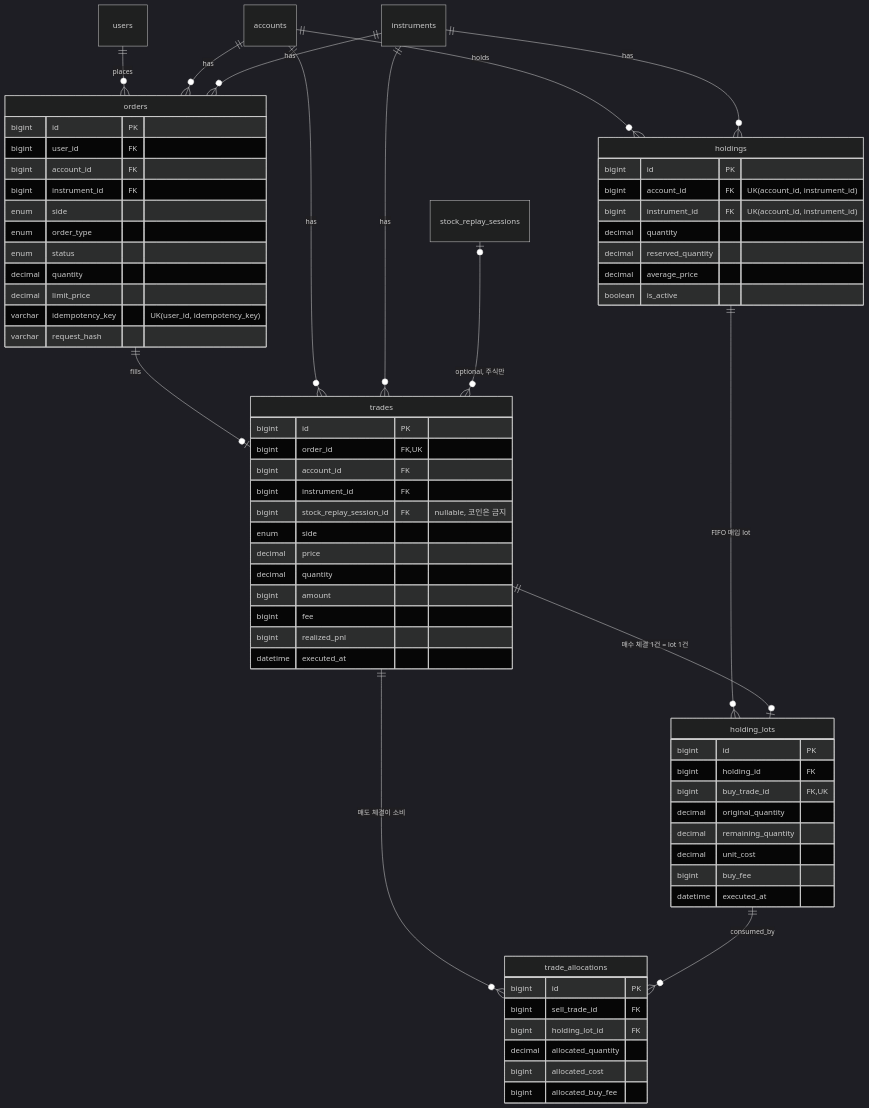
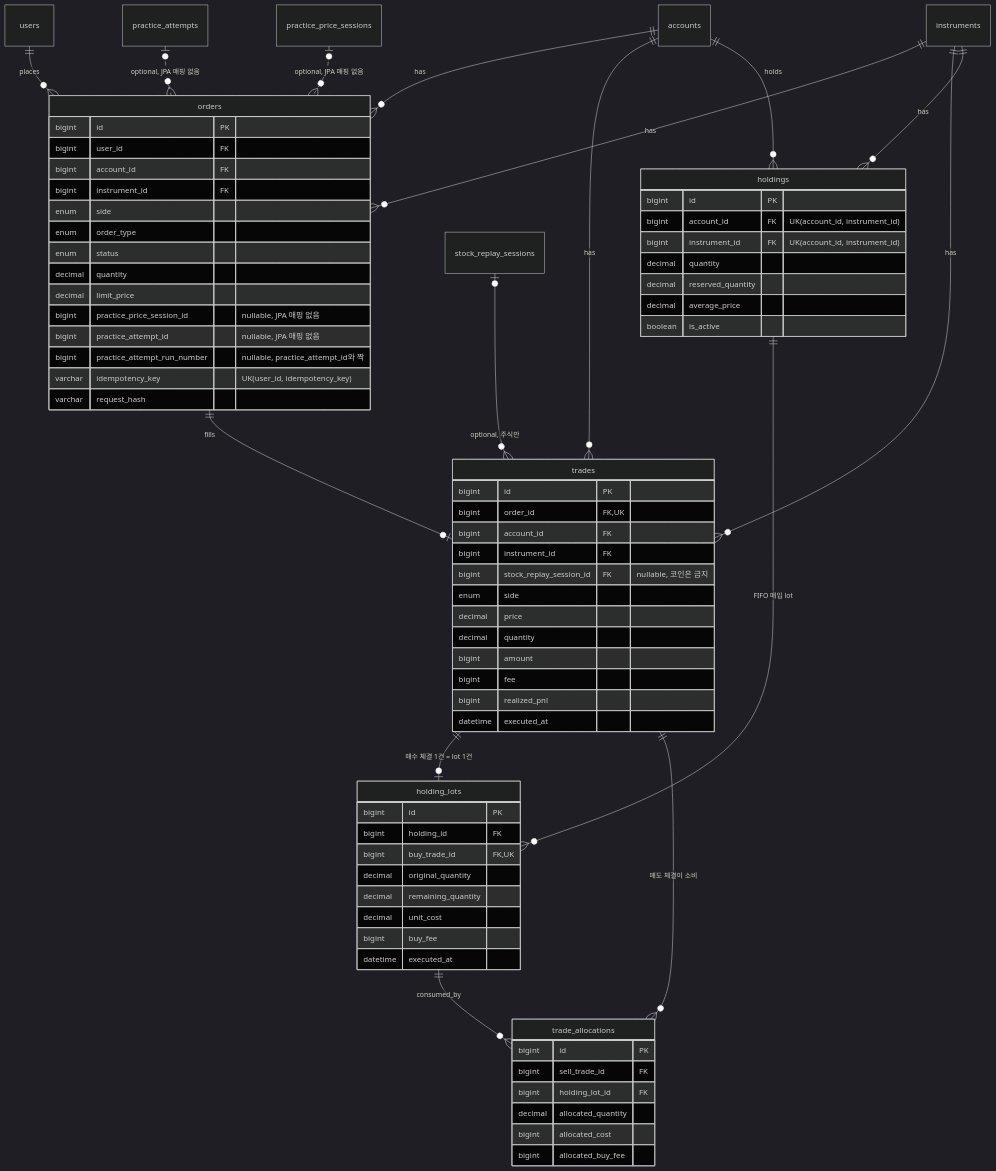
The fourth of 8 diagrams in docs/erd.md (finplay-team/finplay), drawn with Mermaid (dark theme) before and after one commit. The commit also changed other lines of this file, not shown here.

First line of the commit message:
docs: ERD에 practice_attempt 귀속 FK와 전체 통합 다이어그램을 추가한다

````diff
--- a/docs/erd.md
+++ b/docs/erd.md
@@ -200,71 +303,76 @@
 ```mermaid
 erDiagram
     users ||--o{ orders : places
     accounts ||--o{ orders : has
     instruments ||--o{ orders : has
+    practice_attempts |o..o{ orders : "optional, JPA 매핑 없음"
+    practice_price_sessions |o..o{ orders : "optional, JPA 매핑 없음"
     orders ||--o| trades : fills
     accounts ||--o{ trades : has
     instruments ||--o{ trades : has
     stock_replay_sessions |o--o{ trades : "optional, 주식만"
     accounts ||--o{ holdings : holds
     instruments ||--o{ holdings : has
     holdings ||--o{ holding_lots : "FIFO 매입 lot"
     trades ||--o| holding_lots : "매수 체결 1건 = lot 1건"
     trades ||--o{ trade_allocations : "매도 체결이 소비"
     holding_lots ||--o{ trade_allocations : consumed_by
 
     orders {
         bigint id PK
         bigint user_id FK
         bigint account_id FK
         bigint instrument_id FK
         enum side
         enum order_type
         enum status
         decimal quantity
         decimal limit_price
+        bigint practice_price_session_id "nullable, JPA 매핑 없음"
+        bigint practice_attempt_id "nullable, JPA 매핑 없음"
+        bigint practice_attempt_run_number "nullable, practice_attempt_id와 짝"
         varchar idempotency_key "UK(user_id, idempotency_key)"
         varchar request_hash
     }
     trades {
         bigint id PK
         bigint order_id FK, UK
         bigint account_id FK
         bigint instrument_id FK
         bigint stock_replay_session_id FK "nullable, 코인은 금지"
         enum side
         decimal price
         decimal quantity
         bigint amount
         bigint fee
         bigint realized_pnl
         datetime executed_at
     }
     holdings {
         bigint id PK
         bigint account_id FK "UK(account_id, instrument_id)"
         bigint instrument_id FK "UK(account_id, instrument_id)"
         decimal quantity
         decimal reserved_quantity
         decimal average_price
         boolean is_active
     }
     holding_lots {
         bigint id PK
         bigint holding_id FK
         bigint buy_trade_id FK, UK
         decimal original_quantity
         decimal remaining_quantity
         decimal unit_cost
         bigint buy_fee
         datetime executed_at
     }
     trade_allocations {
         bigint id PK
         bigint sell_trade_id FK
         bigint holding_lot_id FK
         decimal allocated_quantity
         bigint allocated_cost
         bigint allocated_buy_fee
     }
 ```
````
